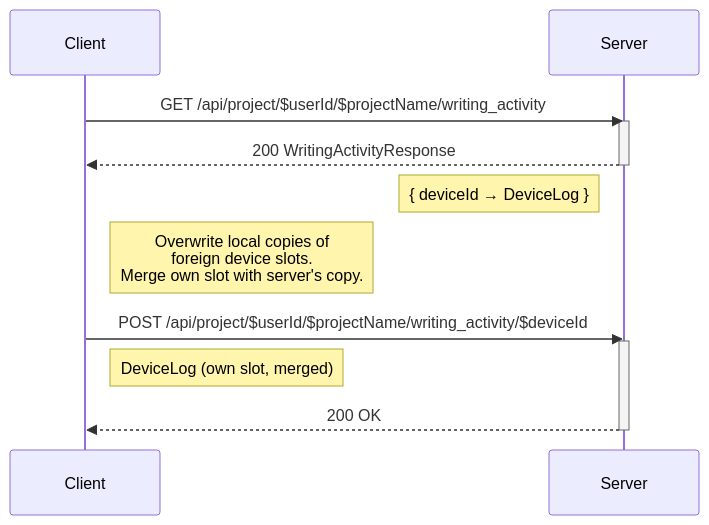
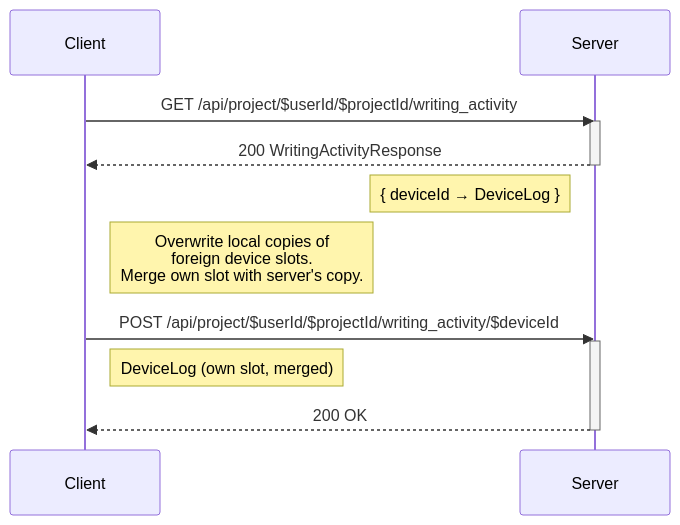
One commit to Darkrock-Studios/hammer-editor changed the ninth of 10 diagrams in docs/SYNCING-PROTOCOL.md. Above: the diagram before and after it, drawn with Mermaid. The commit also changed other lines of this file and 33 other files, not shown here.

First line of the commit message:
Identify projects by projectId in sync API URLs

````diff
--- a/docs/SYNCING-PROTOCOL.md
+++ b/docs/SYNCING-PROTOCOL.md
@@ -414,19 +414,19 @@
 ```mermaid
 sequenceDiagram
     participant Client
     participant Server
 
-    Client->>Server: GET /api/project/$userId/$projectName/writing_activity
+    Client->>Server: GET /api/project/$userId/$projectId/writing_activity
     activate Server
     Server -->> Client: 200 WritingActivityResponse
     deactivate Server
     Note left of Server: { deviceId → DeviceLog }
 
     Note right of Client: Overwrite local copies of<br/>foreign device slots.<br/>Merge own slot with server's copy.
 
-    Client->>Server: POST /api/project/$userId/$projectName/writing_activity/$deviceId
+    Client->>Server: POST /api/project/$userId/$projectId/writing_activity/$deviceId
     activate Server
     Note right of Client: DeviceLog (own slot, merged)
     Server -->> Client: 200 OK
     deactivate Server
 ```
````
